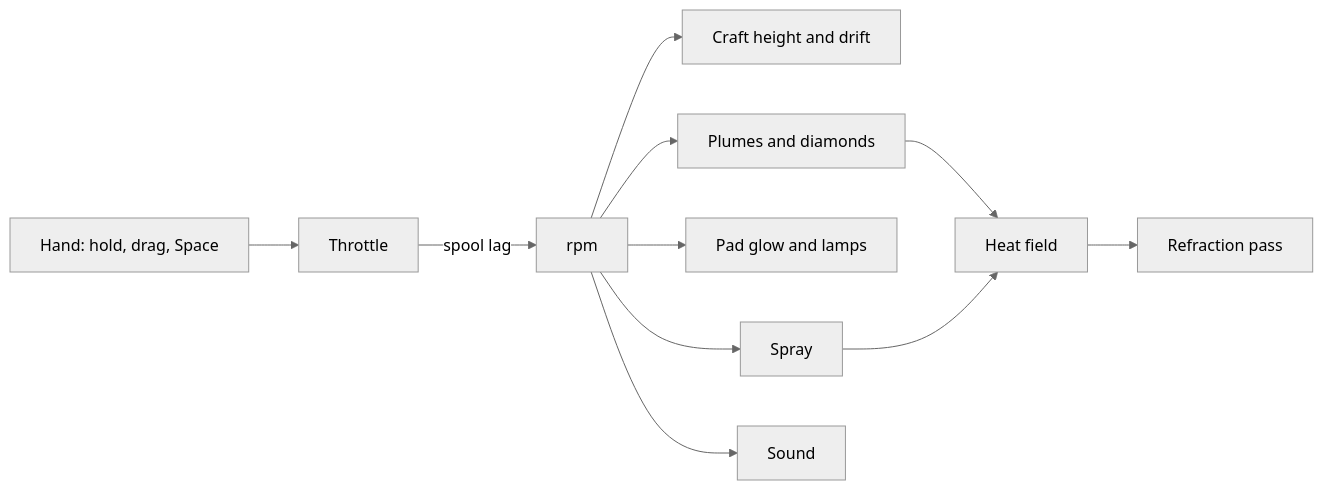
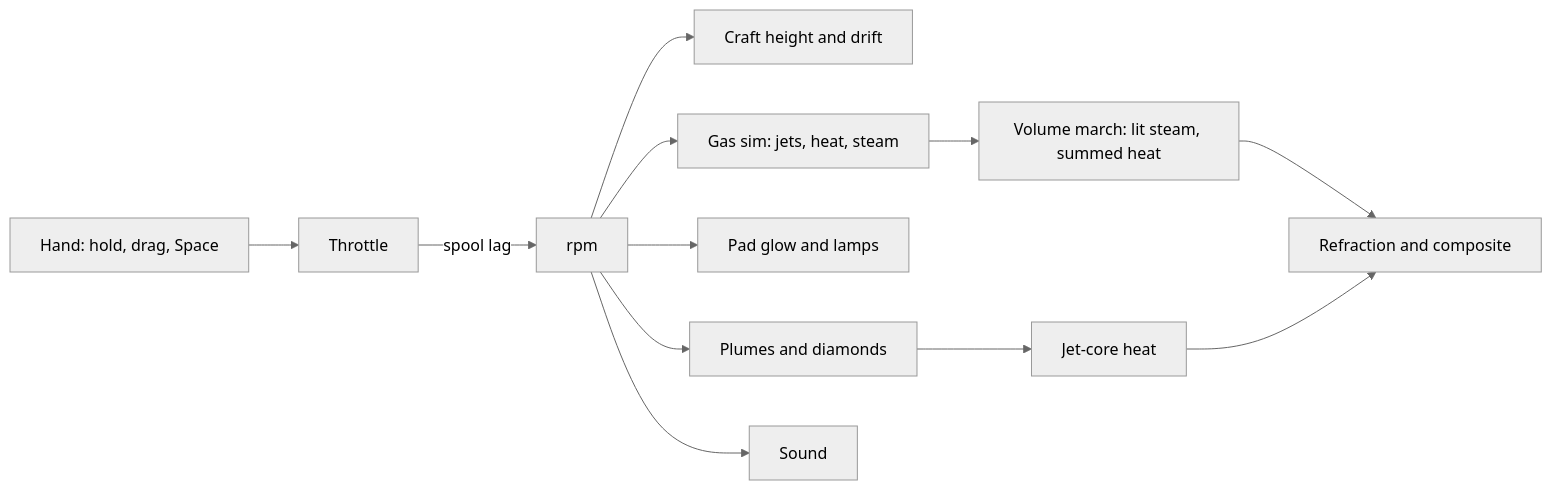
Before and after one commit to TomVDH/stimming: the diagram in docs/toys/jethover.md, drawn with Mermaid (neutral theme). The commit also changed other lines of this file and 15 other files, not shown here.

````diff
--- a/docs/toys/jethover.md
+++ b/docs/toys/jethover.md
@@ -82,13 +84,14 @@
 ```mermaid
 flowchart LR
   H[Hand: hold, drag, Space] --> T[Throttle]
   T -->|spool lag| R[rpm]
   R --> C[Craft height and drift]
   R --> P[Plumes and diamonds]
   R --> G[Pad glow and lamps]
-  R --> S[Spray]
+  R --> F[Gas sim: jets, heat, steam]
+  F --> V[Volume march: lit steam, summed heat]
   R --> A[Sound]
-  P --> HT[Heat field]
-  S --> HT
-  HT --> RF[Refraction pass]
+  P --> HT[Jet-core heat]
+  V --> RF[Refraction and composite]
+  HT --> RF
 ```
````
